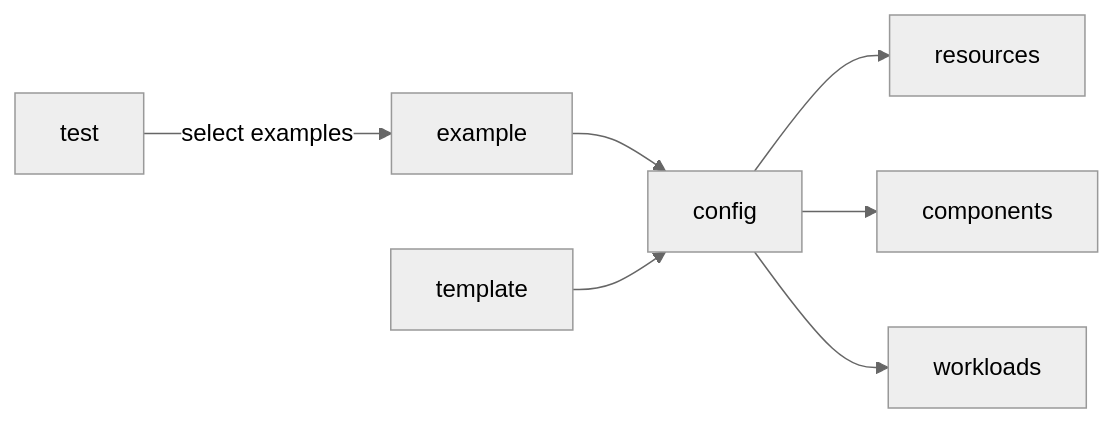
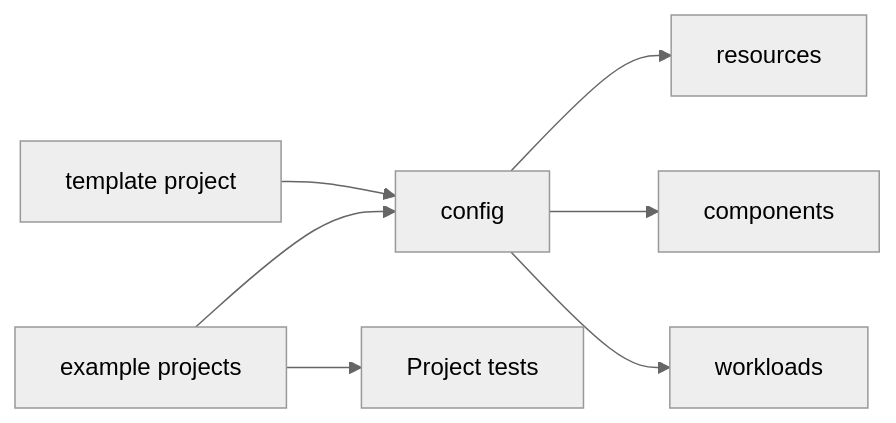
The fifth of 7 diagrams in docs/design/02-component-breakdown.md (alissonsol/yuruna), drawn with Mermaid (neutral theme) before and after one commit. The commit also changed other lines of this file and 1383 other files, not shown here.

````diff
--- a/docs/design/02-component-breakdown.md
+++ b/docs/design/02-component-breakdown.md
@@ -173,16 +161,16 @@
 ```mermaid
 flowchart LR
-    example["example"]
-    template["template"]
-    test["test"]
+    example["example projects"]
+    template["template project"]
     config["config"]
     resources["resources"]
     components["components"]
     workloads["workloads"]
+    test-runner-yml["Project tests"]
     example --> config
     template --> config
     config --> resources
     config --> components
     config --> workloads
-    test -->|select examples| example
+    example --> test-runner-yml
 ```
````
